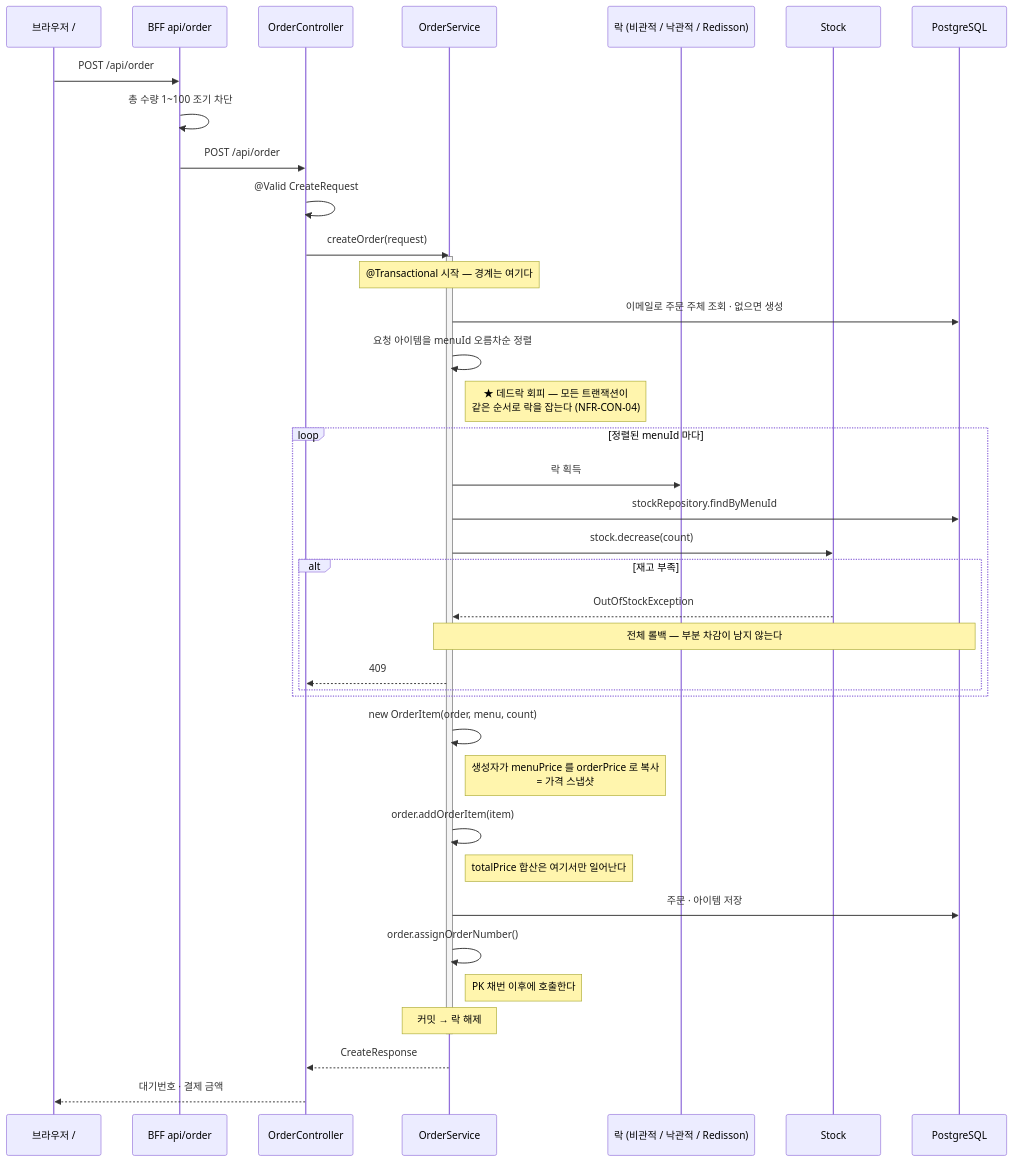
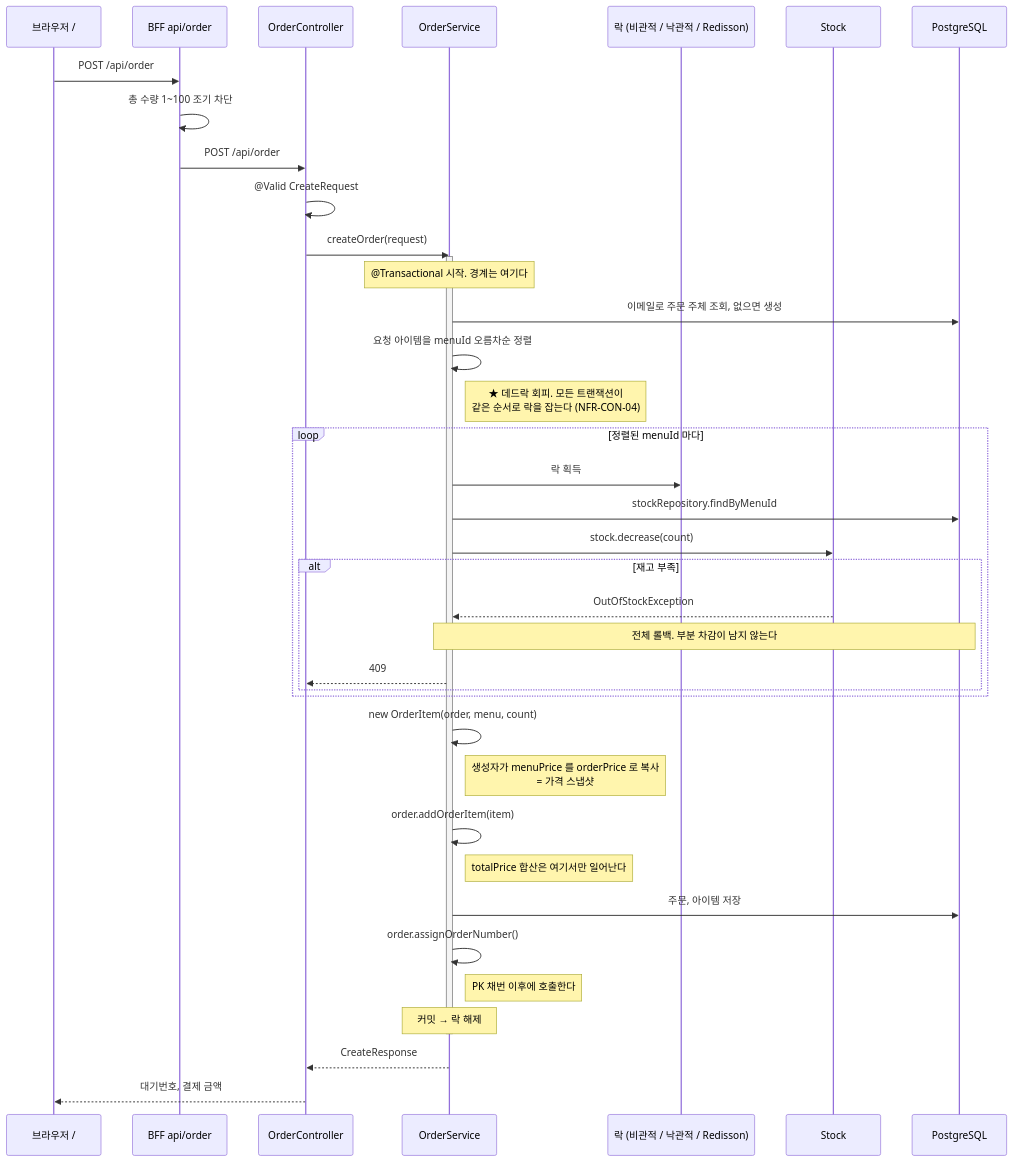
The fourth of 8 diagrams in docs/design/architecture.md (hhyukk/cafe-kiosk), drawn with Mermaid before and after one commit. The commit also changed other lines of this file and 12 other files, not shown here.

````diff
--- a/docs/design/architecture.md
+++ b/docs/design/architecture.md
@@ -285,44 +285,44 @@
 ```mermaid
 sequenceDiagram
     participant B as 브라우저 /
     participant F as BFF api/order
     participant C as OrderController
     participant S as OrderService
     participant L as 락 (비관적 / 낙관적 / Redisson)
     participant ST as Stock
     participant DB as PostgreSQL
 
     B->>F: POST /api/order
     F->>F: 총 수량 1~100 조기 차단
     F->>C: POST /api/order
     C->>C: @Valid CreateRequest
     C->>S: createOrder(request)
     activate S
-    Note over S: @Transactional 시작 — 경계는 여기다
-    S->>DB: 이메일로 주문 주체 조회 · 없으면 생성
+    Note over S: @Transactional 시작. 경계는 여기다
+    S->>DB: 이메일로 주문 주체 조회, 없으면 생성
     S->>S: 요청 아이템을 menuId 오름차순 정렬
-    Note right of S: ★ 데드락 회피 — 모든 트랜잭션이<br/>같은 순서로 락을 잡는다 (NFR-CON-04)
+    Note right of S: ★ 데드락 회피. 모든 트랜잭션이<br/>같은 순서로 락을 잡는다 (NFR-CON-04)
 
     loop 정렬된 menuId 마다
         S->>L: 락 획득
         S->>DB: stockRepository.findByMenuId
         S->>ST: stock.decrease(count)
         alt 재고 부족
             ST-->>S: OutOfStockException
-            Note over S,DB: 전체 롤백 — 부분 차감이 남지 않는다
+            Note over S,DB: 전체 롤백. 부분 차감이 남지 않는다
             S-->>C: 409
         end
     end
 
     S->>S: new OrderItem(order, menu, count)
     Note right of S: 생성자가 menuPrice 를 orderPrice 로 복사<br/>= 가격 스냅샷
     S->>S: order.addOrderItem(item)
     Note right of S: totalPrice 합산은 여기서만 일어난다
-    S->>DB: 주문 · 아이템 저장
+    S->>DB: 주문, 아이템 저장
     S->>S: order.assignOrderNumber()
     Note right of S: PK 채번 이후에 호출한다
     Note over S: 커밋 → 락 해제
     deactivate S
     S-->>C: CreateResponse
-    C-->>B: 대기번호 · 결제 금액
+    C-->>B: 대기번호, 결제 금액
 ```
````
